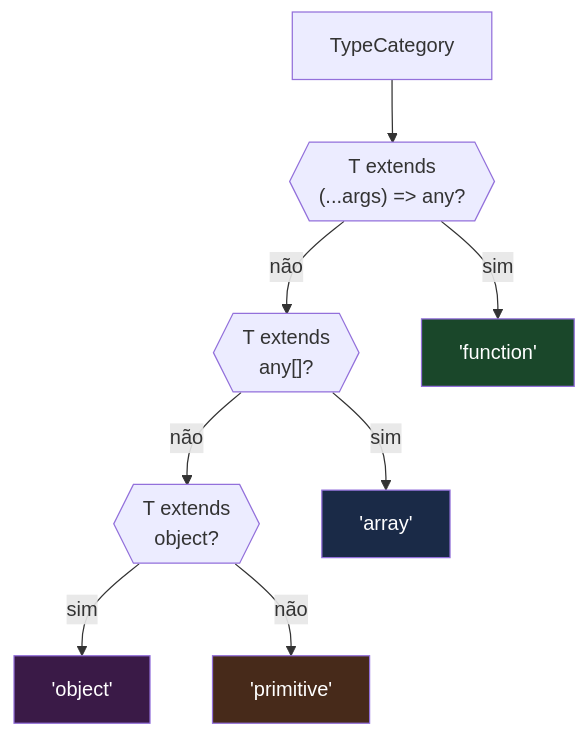
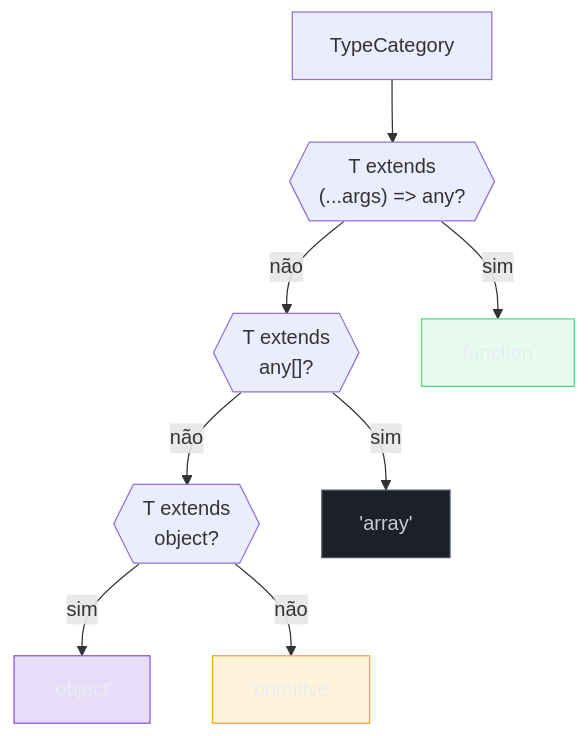
One commit to josenaldo/codex-technomanticus changed the fourth of 5 diagrams in 03-Dominios/Tecnologia/TypeScript/13 - Conditional types.md. Above: the diagram before and after it, drawn with Mermaid. The commit also changed other lines of this file and 1181 other files, not shown here.

First line of the commit message:
fix(diagramas): paleta do sistema no lugar de cor cravada no markdown

````diff
--- a/03-Dominios/Tecnologia/TypeScript/13 - Conditional types.md
+++ b/03-Dominios/Tecnologia/TypeScript/13 - Conditional types.md
@@ -306,24 +310,28 @@
 ```mermaid
 flowchart TD
+    classDef ok fill:#4ADE8021,stroke:#4ADE80,color:#E9ECF2
+    classDef neutro fill:#1B2029,stroke:#4E5666,color:#C6CCD8
+    classDef marca fill:#8855DF33,stroke:#8855DF,color:#E9ECF2
+    classDef destaque fill:#FFAA0024,stroke:#FFAA00,color:#E9ECF2
     T["TypeCategory<T>"]
     Q1{{"T extends\n(...args) => any?"}}
     Q2{{"T extends\nany[]?"}}
     Q3{{"T extends\nobject?"}}
     RF["'function'"]
     RA["'array'"]
     RO["'object'"]
     RP["'primitive'"]
 
     T --> Q1
     Q1 -- sim --> RF
     Q1 -- não --> Q2
     Q2 -- sim --> RA
     Q2 -- não --> Q3
     Q3 -- sim --> RO
     Q3 -- não --> RP
 
-    style RF fill:#1a472a,color:#fff
-    style RA fill:#1a2a47,color:#fff
-    style RO fill:#3a1a47,color:#fff
-    style RP fill:#472a1a,color:#fff
+    class RF ok
+    class RA neutro
+    class RO marca
+    class RP destaque
 ```
````
